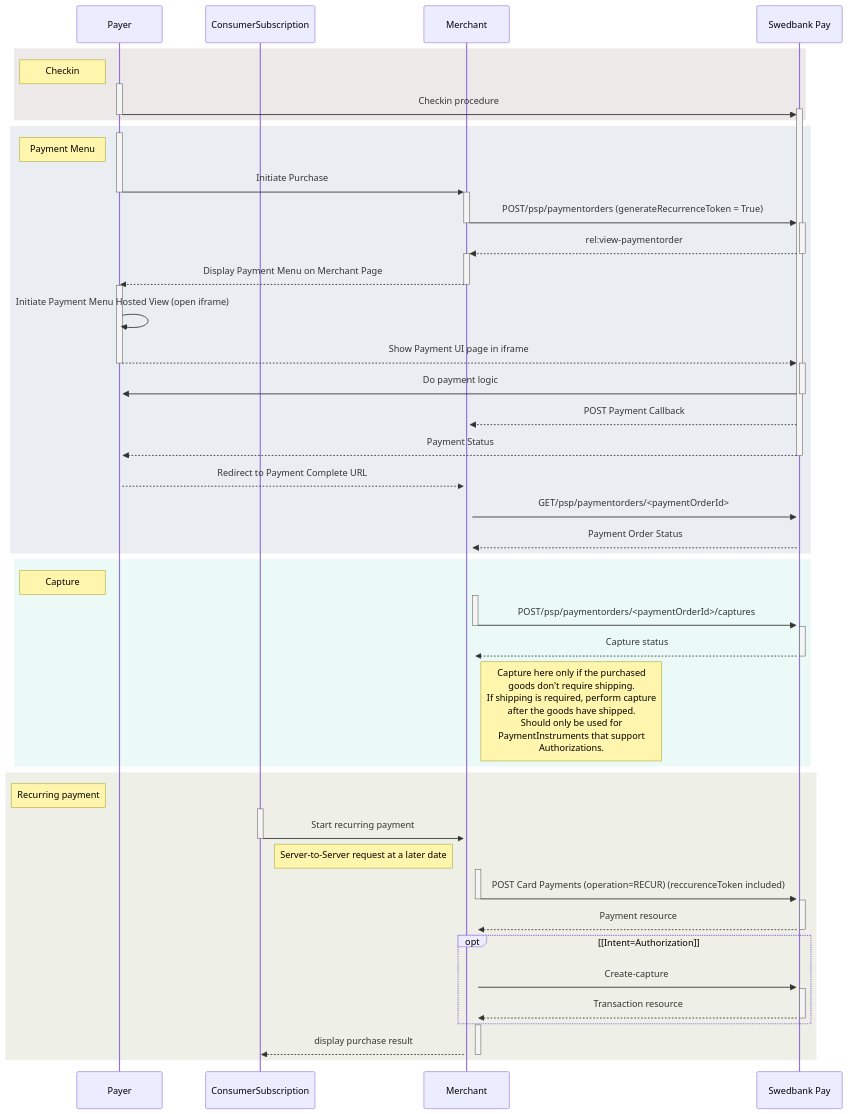
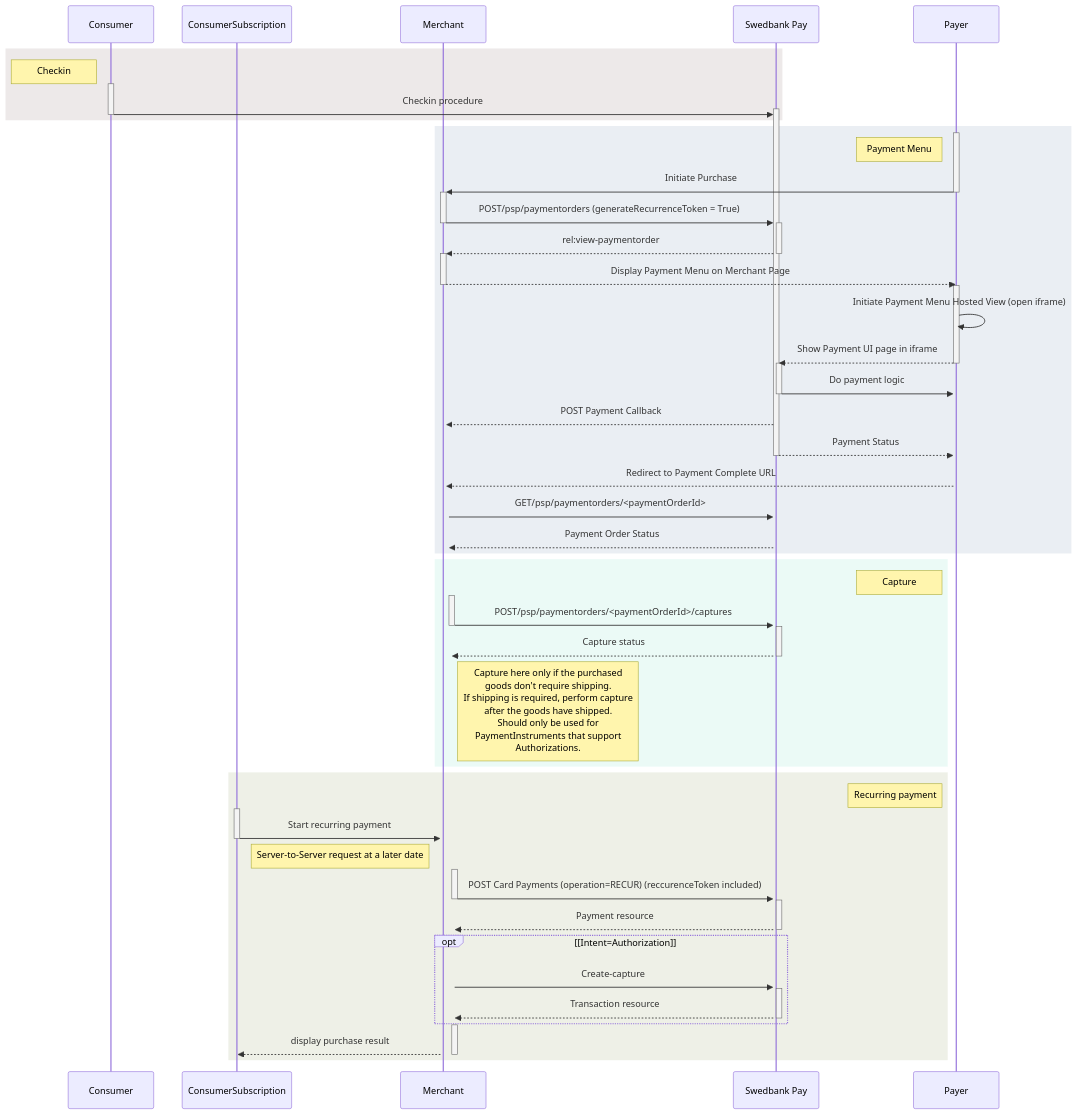
The diagram in _includes/payment-order-other-features.md (SwedbankPay/developer.swedbankpay.com), drawn with Mermaid before and after one commit. The commit also changed 8 other files, not shown here.

````diff
--- a/_includes/payment-order-other-features.md
+++ b/_includes/payment-order-other-features.md
@@ -1010,62 +1010,62 @@
 ```mermaid
 sequenceDiagram
-    participant Payer
+    participant Consumer
     participant ConsumerSubscription
     participant Merchant
     participant SwedbankPay as Swedbank Pay
 
     rect rgba(81,43,43,0.1)
-        note left of Payer: Checkin
-        activate Payer
-        Payer ->>+ SwedbankPay: Checkin procedure
-        deactivate Payer
+        note left of Consumer: Checkin
+        activate Consumer
+        Consumer ->>+ SwedbankPay: Checkin procedure
+        deactivate Consumer
     end
     rect rgba(55, 91, 134,0.1)
         activate Payer
         note left of Payer: Payment Menu
         Payer ->>+ Merchant: Initiate Purchase
         deactivate Payer
         Merchant ->>+ SwedbankPay: POST/psp/paymentorders (generateRecurrenceToken = True)
         deactivate Merchant
         SwedbankPay -->>+ Merchant: rel:view-paymentorder
         deactivate SwedbankPay
         Merchant -->>- Payer: Display Payment Menu on Merchant Page
         activate Payer
         Payer ->> Payer: Initiate Payment Menu Hosted View (open iframe)
         Payer -->>+ SwedbankPay: Show Payment UI page in iframe
         deactivate Payer
         SwedbankPay ->>+ Payer: Do payment logic
         deactivate SwedbankPay
         SwedbankPay -->>+ Merchant: POST Payment Callback
         SwedbankPay -->>- Payer: Payment Status
         Payer -->>+ Merchant: Redirect to Payment Complete URL
         Merchant ->>+ SwedbankPay: GET/psp/paymentorders/<paymentOrderId>
         SwedbankPay -->>+ Merchant: Payment Order Status
     end
     rect rgba(63, 204, 164,0.1)
         note left of Payer: Capture
         activate Merchant
         Merchant ->>+ SwedbankPay: POST/psp/paymentorders/<paymentOrderId>/captures
         deactivate Merchant
         SwedbankPay -->>- Merchant: Capture status
         note right of Merchant: Capture here only if the purchased<br/>goods don't require shipping.<br/>If shipping is required, perform capture<br/>after the goods have shipped.<br>Should only be used for <br>PaymentInstruments that support <br>Authorizations.
     end
     rect rgba(94, 108, 23,0.1)
         note left of Payer: Recurring payment
         activate ConsumerSubscription
         ConsumerSubscription ->>+ Merchant: Start recurring payment
         deactivate ConsumerSubscription
         note left of Merchant: Server-to-Server request at a later date
         activate Merchant
         Merchant ->>+ SwedbankPay: POST Card Payments (operation=RECUR) (reccurenceToken included)
         deactivate Merchant
         SwedbankPay -->>- Merchant: Payment resource
 
         opt [Intent=Authorization]
             Merchant ->>+ SwedbankPay: Create-capture
             SwedbankPay -->>- Merchant: Transaction resource
         end
         activate Merchant
         Merchant -->>- ConsumerSubscription: display purchase result
     end
 ```
````
